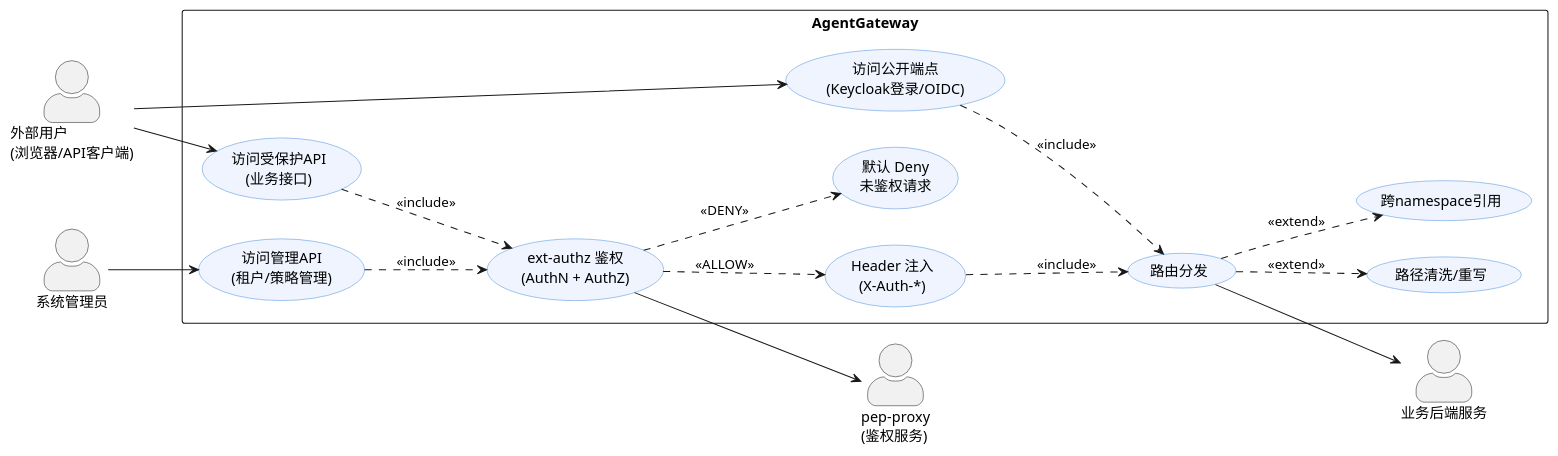
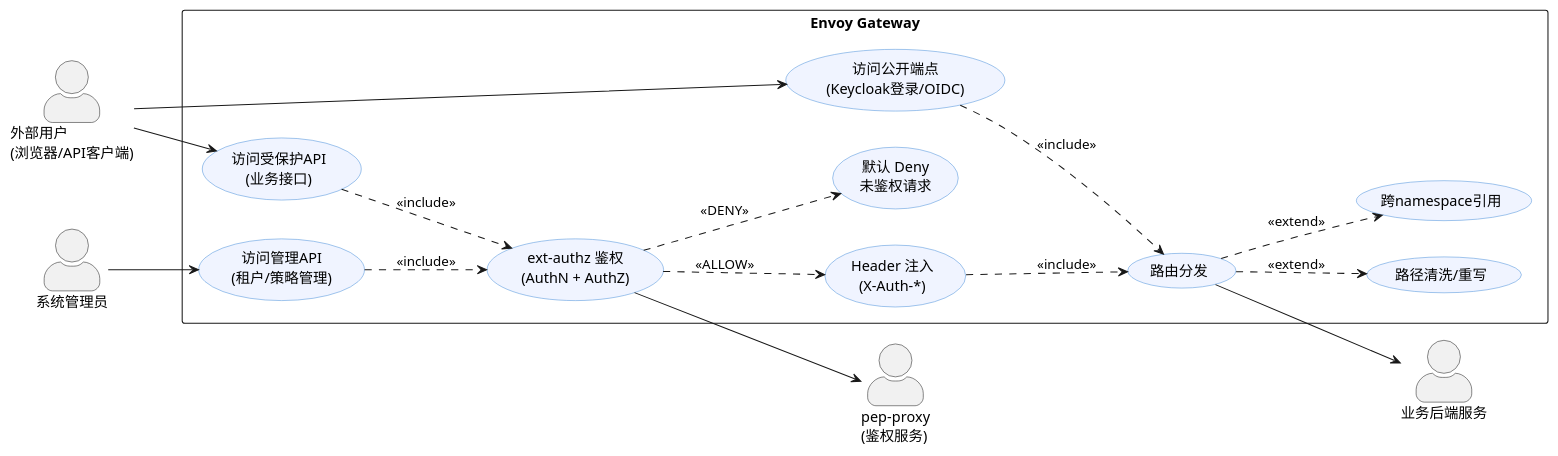
Diagram 13 of 17 in da-cluster/docs/design-specification.md (xiewanchao/aidp-iam), drawn with PlantUML before and after one commit. The commit also changed other lines of this file and 47 other files, not shown here.

First line of the commit message:
feat: migrate gateway from AgentGateway to Envoy Gateway v1.7.0

````diff
--- a/da-cluster/docs/design-specification.md
+++ b/da-cluster/docs/design-specification.md
@@ -850,43 +850,43 @@
 ```plantuml
 @startuml
 left to right direction
 skinparam actorStyle awesome
 skinparam usecase {
     BackgroundColor #F0F4FF
     BorderColor #4A90D9
 }
 
 actor "外部用户\n(浏览器/API客户端)" as User
 actor "系统管理员" as Admin
 actor "pep-proxy\n(鉴权服务)" as PEP
 actor "业务后端服务" as Backend
 
-rectangle "AgentGateway" {
+rectangle "Envoy Gateway" {
     usecase "访问公开端点\n(Keycloak登录/OIDC)" as UC1
     usecase "访问受保护API\n(业务接口)" as UC2
     usecase "访问管理API\n(租户/策略管理)" as UC3
     usecase "ext-authz 鉴权\n(AuthN + AuthZ)" as UC4
     usecase "Header 注入\n(X-Auth-*)" as UC5
     usecase "路由分发" as UC6
     usecase "路径清洗/重写" as UC7
     usecase "跨namespace引用" as UC8
     usecase "默认 Deny\n未鉴权请求" as UC9
 }
 
 User --> UC1
 User --> UC2
 Admin --> UC3
 
 UC2 ..> UC4 : <<include>>
 UC3 ..> UC4 : <<include>>
 UC4 --> PEP
 UC4 ..> UC5 : <<ALLOW>>
 UC4 ..> UC9 : <<DENY>>
 
 UC1 ..> UC6 : <<include>>
 UC5 ..> UC6 : <<include>>
 UC6 ..> UC7 : <<extend>>
 UC6 ..> UC8 : <<extend>>
 UC6 --> Backend
 @enduml
 ```
````
